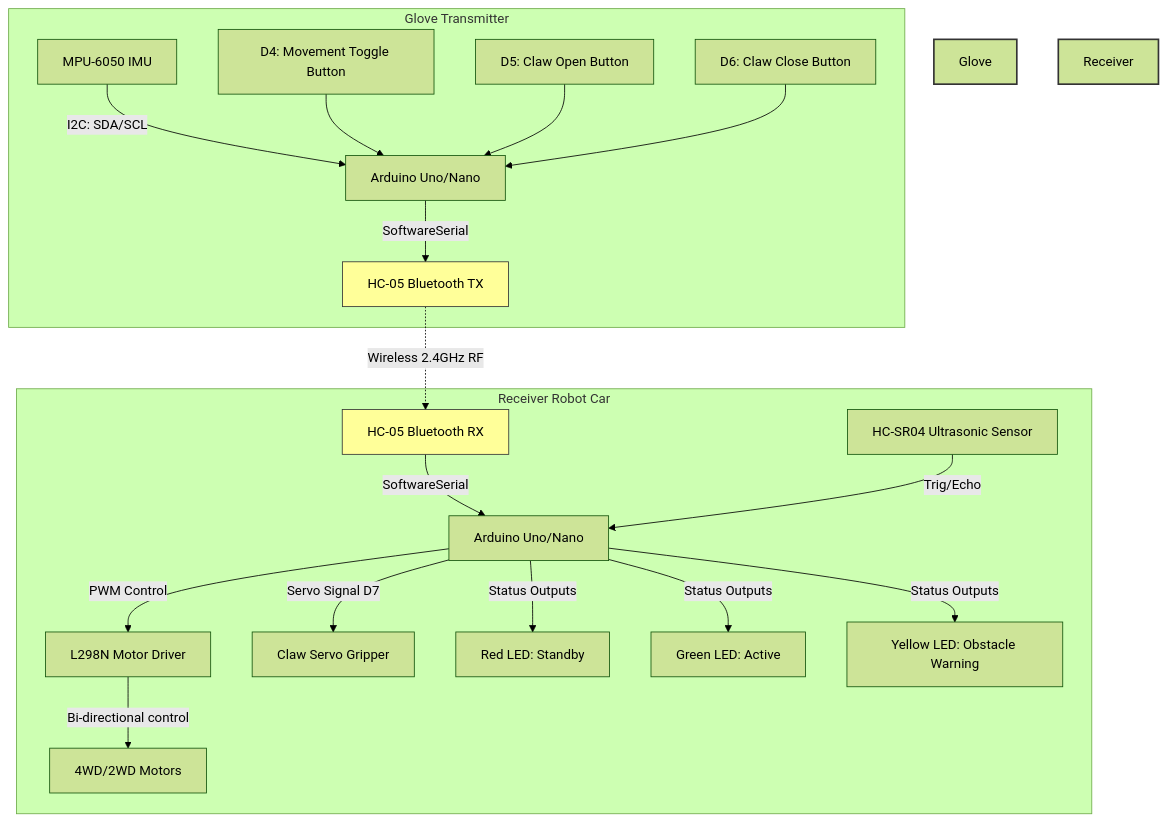
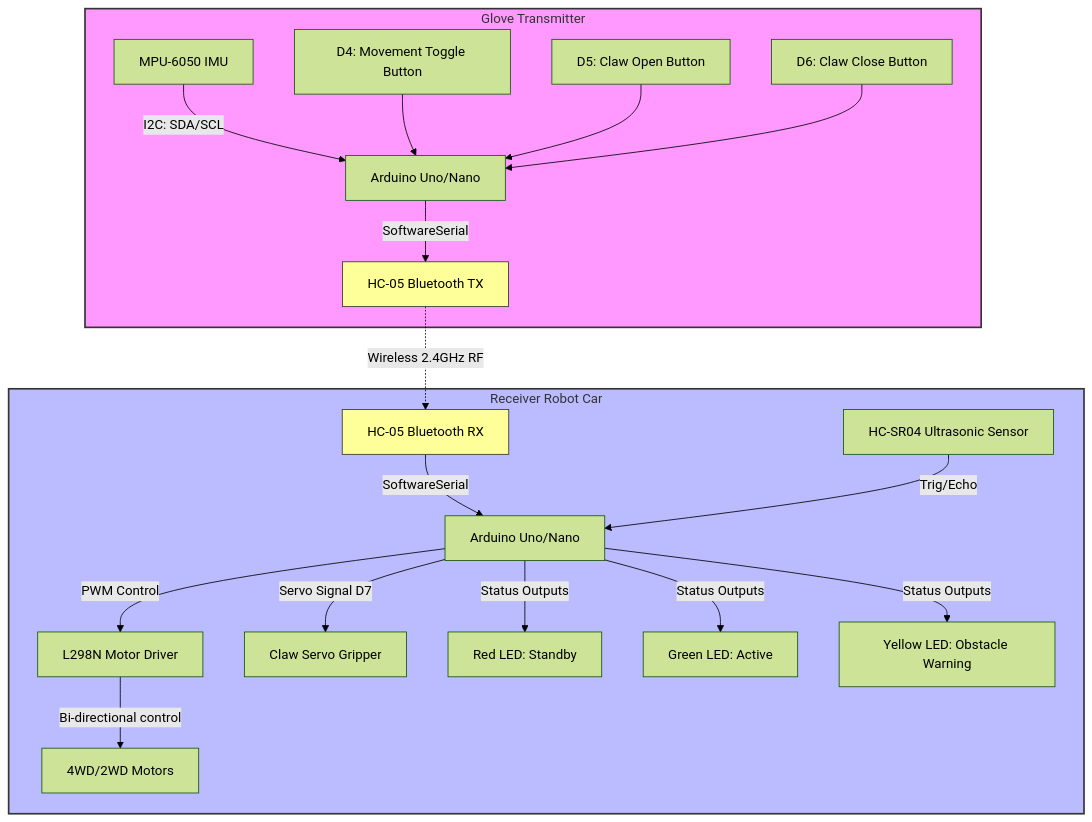
Before and after one commit to Hasinish/Hand-Gesture-Controlled-Robot-Car-With-Claw: the diagram in README.md, drawn with Mermaid (forest theme).

Commit message:
Fix Mermaid subgraph styling syntax to remove floating nodes

````diff
--- a/README.md
+++ b/README.md
@@ -11,31 +11,31 @@
 ```mermaid
 graph TD
     %% Transmitter Glove %%
-    subgraph Glove Transmitter
+    subgraph GloveTransmitter ["Glove Transmitter"]
         A[MPU-6050 IMU] -->|I2C: SDA/SCL| B[Arduino Uno/Nano]
         C[D4: Movement Toggle Button] --> B
         D[D5: Claw Open Button] --> B
         E[D6: Claw Close Button] --> B
         B -->|SoftwareSerial| F[HC-05 Bluetooth TX]
     end
 
     %% Wireless Link %%
     F -.->|Wireless 2.4GHz RF| G[HC-05 Bluetooth RX]
 
     %% Receiver Car %%
-    subgraph Receiver Robot Car
+    subgraph ReceiverRobotCar ["Receiver Robot Car"]
         G -->|SoftwareSerial| H[Arduino Uno/Nano]
         H -->|PWM Control| I[L298N Motor Driver]
         I -->|Bi-directional control| J[4WD/2WD Motors]
         H -->|Servo Signal D7| K[Claw Servo Gripper]
         L[HC-SR04 Ultrasonic Sensor] -->|Trig/Echo| H
         H -->|Status Outputs| M[Red LED: Standby]
         H -->|Status Outputs| N[Green LED: Active]
         H -->|Status Outputs| O[Yellow LED: Obstacle Warning]
     end
 
-    style Glove Transmitter fill:#f9f,stroke:#333,stroke-width:2px
-    style Receiver Robot Car fill:#bbf,stroke:#333,stroke-width:2px
+    style GloveTransmitter fill:#f9f,stroke:#333,stroke-width:2px
+    style ReceiverRobotCar fill:#bbf,stroke:#333,stroke-width:2px
     style F fill:#ff9,stroke:#333,stroke-width:1px
     style G fill:#ff9,stroke:#333,stroke-width:1px
 ```
````
